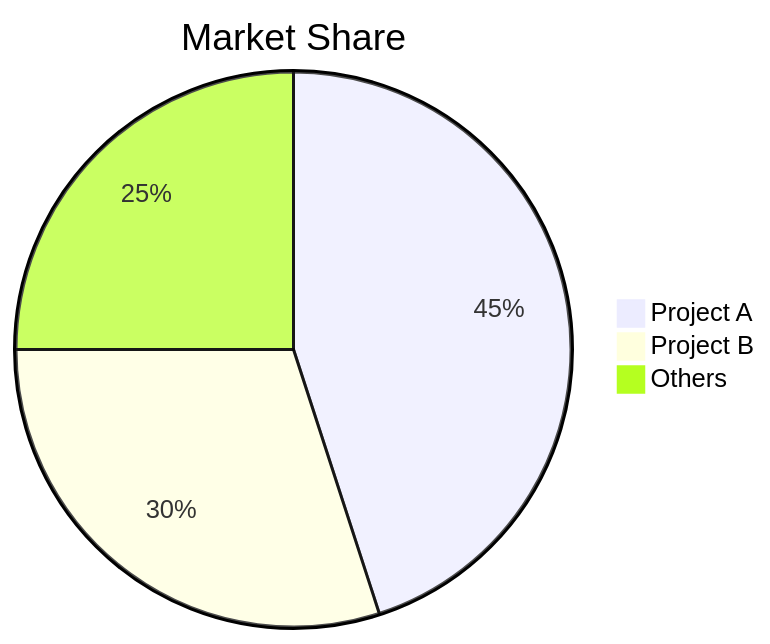
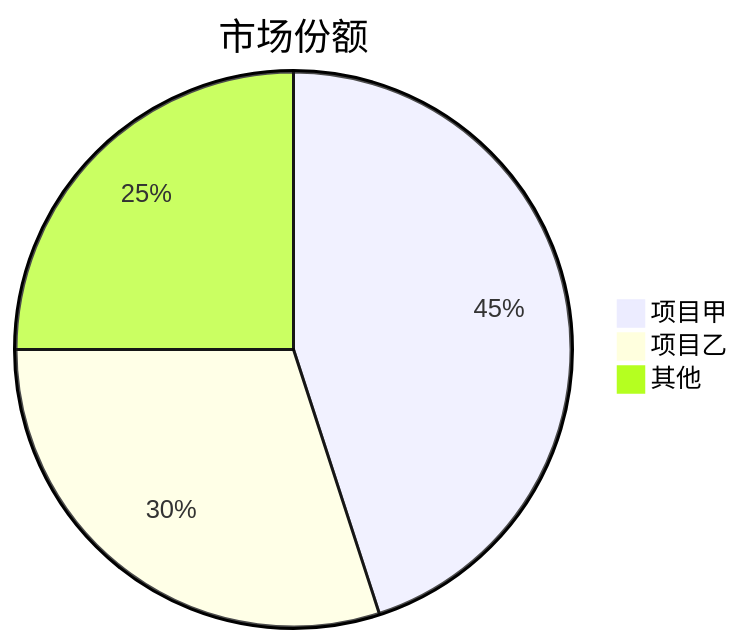
One commit to GeFlowers/easy-flow changed the third of 3 diagrams in skills/public/github-deep-research/SKILL.md. Above: the diagram before and after it, drawn with Mermaid. The commit also changed other lines of this file and 678 other files, not shown here.

````diff
--- a/skills/public/github-deep-research/SKILL.md
+++ b/skills/public/github-deep-research/SKILL.md
@@ -114,6 +124,6 @@
 ```mermaid
-pie title Market Share
-    "Project A" : 45
-    "Project B" : 30
-    "Others" : 25
+pie title 市场份额
+    "项目甲" : 45
+    "项目乙" : 30
+    "其他" : 25
 ```
````
